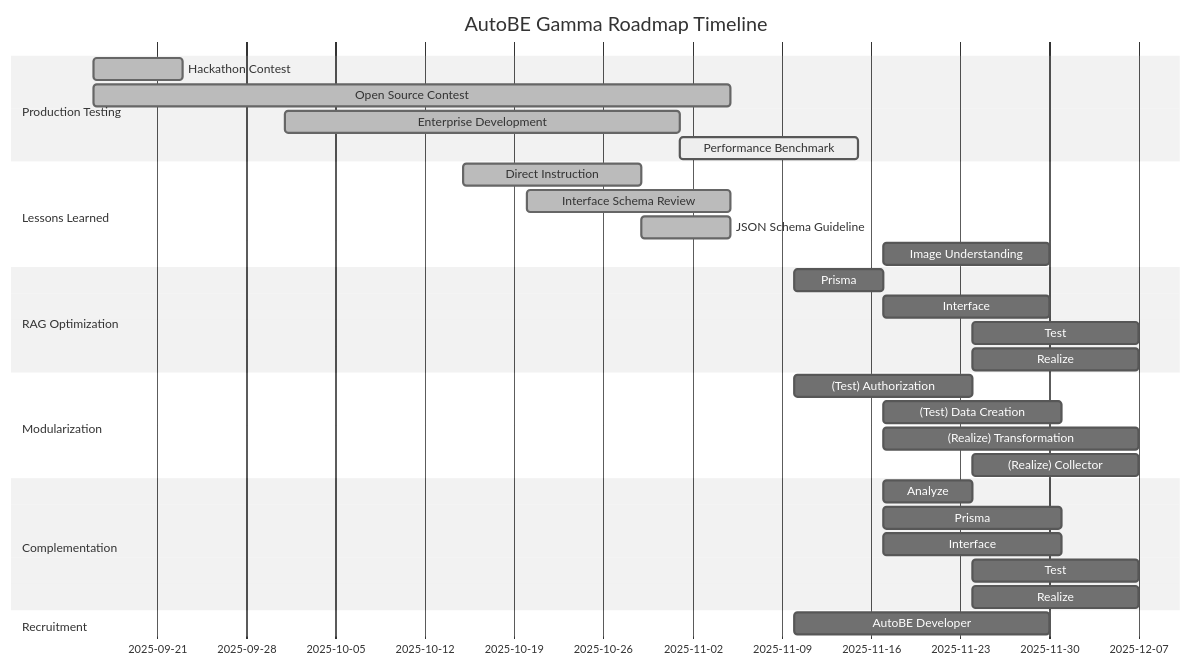
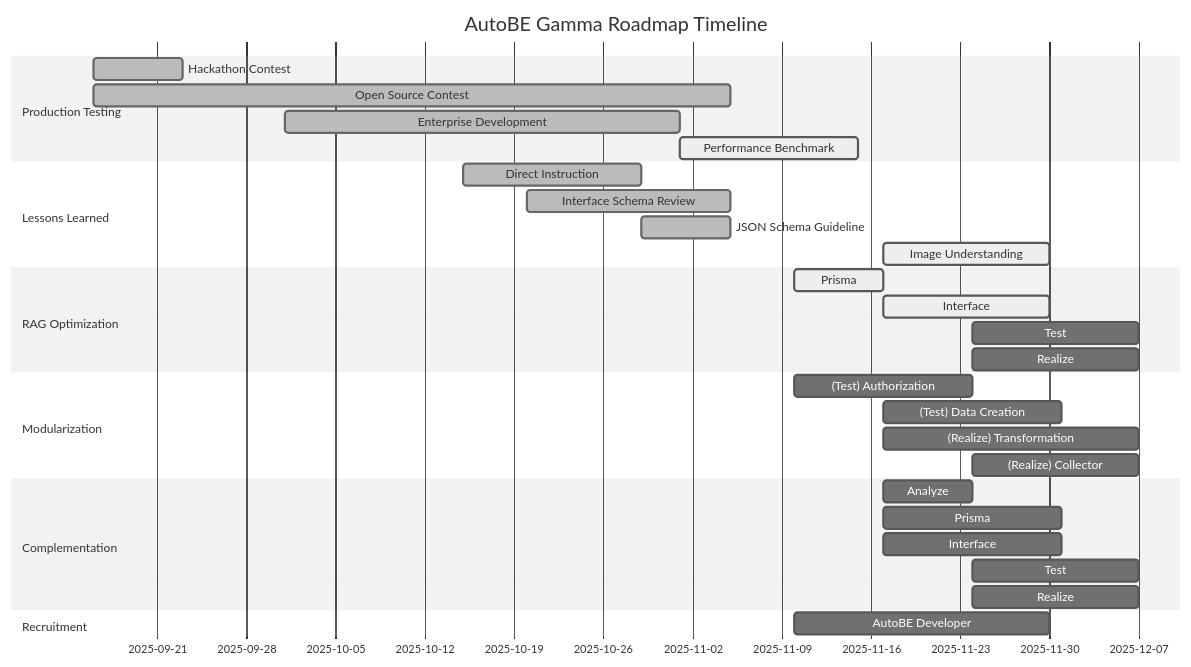
One commit to RavenView-ai/autobe changed the diagram in website/src/content/docs/roadmap/gamma.mdx. Above: the diagram before and after it, drawn with Mermaid (neutral theme). The commit also changed 2 other files, not shown here.

Commit message:
feat(website): update roadmap status (#780)

````diff
--- a/website/src/content/docs/roadmap/gamma.mdx
+++ b/website/src/content/docs/roadmap/gamma.mdx
@@ -9,39 +9,39 @@
 ```mermaid
 gantt
   dateFormat YYYY-MM-DD
   title AutoBE Gamma Roadmap Timeline
 
   section Production Testing
   Hackathon Contest     : done  , 2025-09-16,  7d
   Open Source Contest   : done  , 2025-09-16, 50d
   Enterprise Development: done  , 2025-10-01, 31d
   Performance Benchmark : active, 2025-11-01, 14d
   
   section Lessons Learned
-  Direct Instruction     : done   , 2025-10-15, 14d
-  Interface Schema Review: done   , 2025-10-20, 16d
-  JSON Schema Guideline  : done   , 2025-10-29,  7d
-  Image Understanding    : planned, 2025-11-17, 13d
+  Direct Instruction     : done  , 2025-10-15, 14d
+  Interface Schema Review: done  , 2025-10-20, 16d
+  JSON Schema Guideline  : done  , 2025-10-29,  7d
+  Image Understanding    : active, 2025-11-17, 13d
 
   section RAG Optimization
-  Prisma   : planned, 2025-11-10,  7d
-  Interface: planned, 2025-11-17, 13d
+  Prisma   : active,  2025-11-10,  7d
+  Interface: active,  2025-11-17, 13d
   Test     : planned, 2025-11-24, 13d
   Realize  : planned, 2025-11-24, 13d
 
   section Modularization
   (Test) Authorization    : planned, 2025-11-10, 14d
   (Test) Data Creation    : planned, 2025-11-17, 14d
   (Realize) Transformation: planned, 2025-11-17, 20d
   (Realize) Collector     : planned, 2025-11-24, 13d
 
   section Complementation
   Analyze  : planned, 2025-11-17,  7d
   Prisma   : planned, 2025-11-17, 14d
   Interface: planned, 2025-11-17, 14d
   Test     : planned, 2025-11-24, 13d
   Realize  : planned, 2025-11-24, 13d
 
   section Recruitment
   AutoBE Developer: planned, 2025-11-10, 20d
 ```
````
